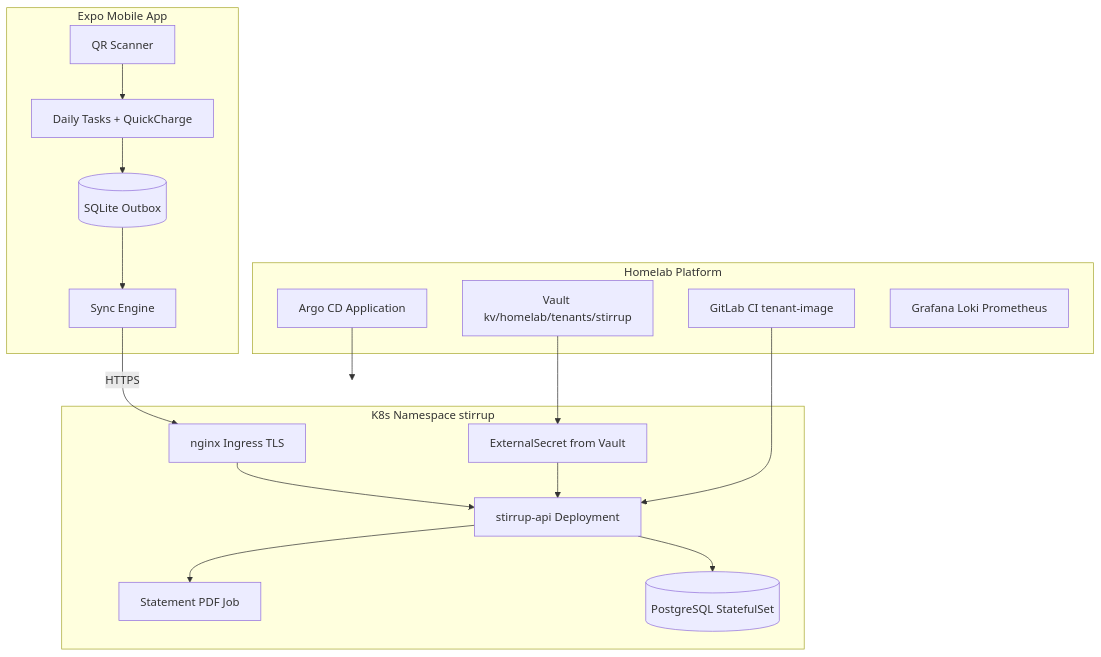
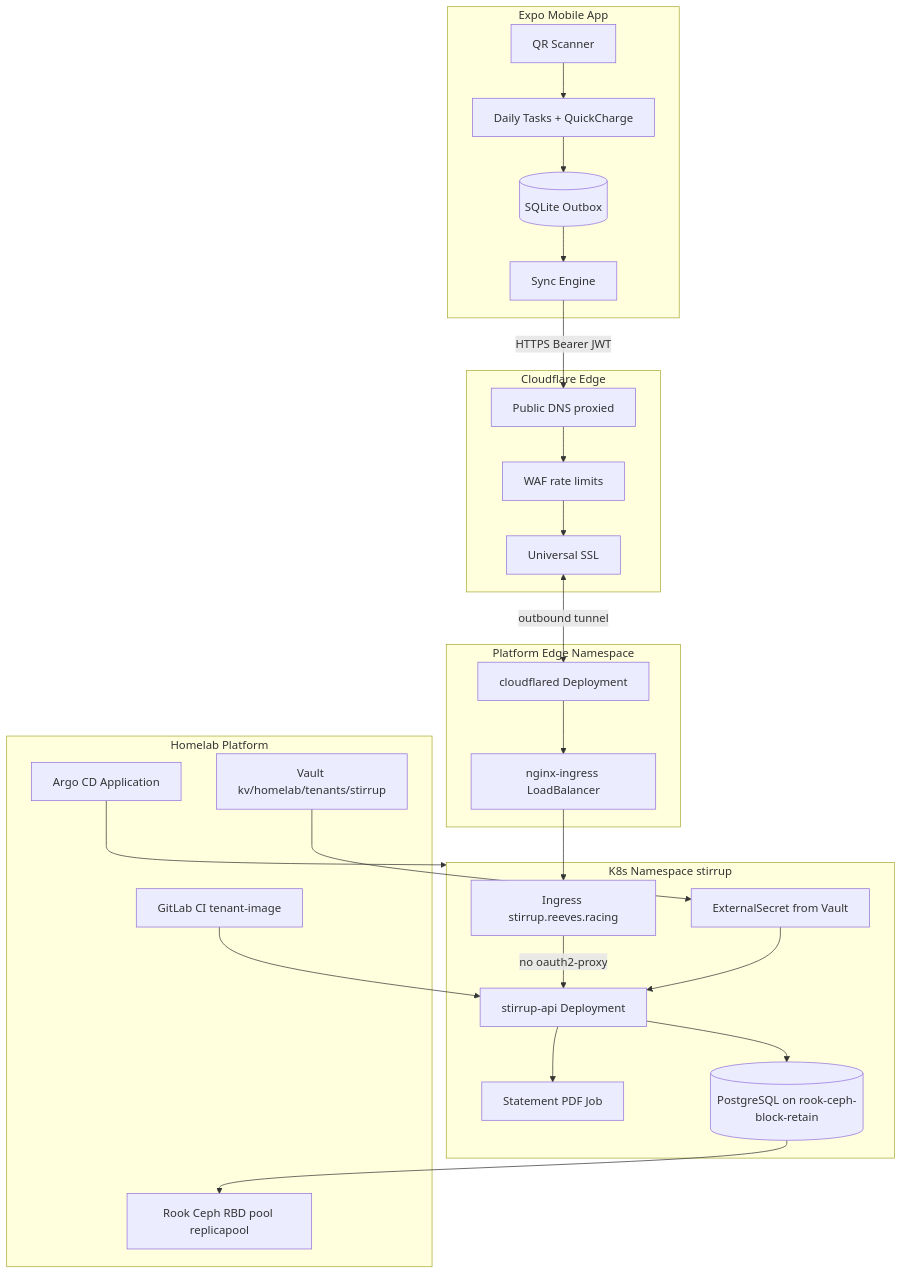
One commit to Krytos13/stirrup changed the first of 4 diagrams in memory-bank/stirrup-barn-manager-master-plan.md. Above: the diagram before and after it, drawn with Mermaid. The commit also changed other lines of this file and 4 other files, not shown here.

````diff
--- a/memory-bank/stirrup-barn-manager-master-plan.md
+++ b/memory-bank/stirrup-barn-manager-master-plan.md
@@ -58,36 +61,52 @@
 ```mermaid
 flowchart TB
   subgraph mobile [Expo Mobile App]
     QR[QR Scanner]
     Tasks[Daily Tasks + QuickCharge]
     OfflineDB[(SQLite Outbox)]
     Sync[Sync Engine]
   end
 
+  subgraph edge [Cloudflare Edge]
+    CFdns[Public DNS proxied]
+    CFwaf[WAF rate limits]
+    CFtls[Universal SSL]
+  end
+
+  subgraph platformEdge [Platform Edge Namespace]
+    Cfd[cloudflared Deployment]
+    Nginx[nginx-ingress LoadBalancer]
+  end
+
   subgraph cluster [K8s Namespace stirrup]
-    Ingress[nginx Ingress TLS]
+    Ingress[Ingress stirrup.reeves.racing]
     API[stirrup-api Deployment]
     PDF[Statement PDF Job]
-    PG[(PostgreSQL StatefulSet)]
+    PG[(PostgreSQL on rook-ceph-block-retain)]
     ESO[ExternalSecret from Vault]
   end
 
   subgraph platform [Homelab Platform]
     GitLab[GitLab CI tenant-image]
     Argo[Argo CD Application]
     Vault[Vault kv/homelab/tenants/stirrup]
-    Grafana[Grafana Loki Prometheus]
+    Ceph[Rook Ceph RBD pool replicapool]
   end
 
   QR --> Tasks
   Tasks --> OfflineDB
   OfflineDB --> Sync
-  Sync -->|HTTPS| Ingress
-  Ingress --> API
+  Sync -->|HTTPS Bearer JWT| CFdns
+  CFdns --> CFwaf --> CFtls
+  CFtls <-->|outbound tunnel| Cfd
+  Cfd --> Nginx
+  Nginx --> Ingress
+  Ingress -->|no oauth2-proxy| API
   API --> PG
   API --> PDF
+  PG --> Ceph
   ESO --> API
   GitLab --> API
   Argo --> cluster
   Vault --> ESO
 ```
````
